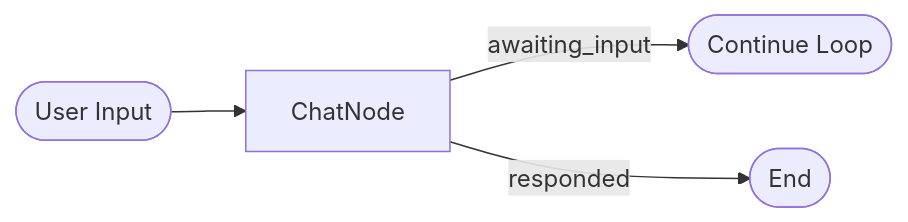
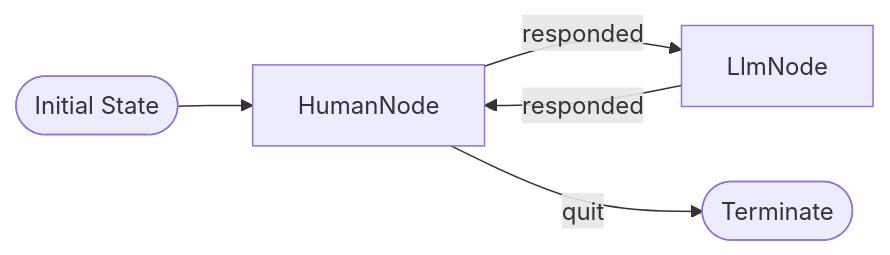
One commit to artificial-sapience/clearflow changed the diagram in examples/chat/README.md. Above: the diagram before and after it, drawn with Mermaid. The commit also changed other lines of this file and 3 other files, not shown here.

Commit message:
refactor: enhance chat example and node implementations for intelligent entity interactions

````diff
--- a/examples/chat/README.md
+++ b/examples/chat/README.md
@@ -7,6 +16,7 @@
 ```mermaid
 graph LR
-    Start([User Input]) --> chat[ChatNode]
-    chat -->|awaiting_input| Continue([Continue Loop])
-    chat -->|responded| End([End])
+    Start([Initial State]) --> human[HumanNode]
+    human -->|responded| llm[LlmNode]
+    human -->|quit| End([Terminate])
+    llm -->|responded| human
 ```
````
